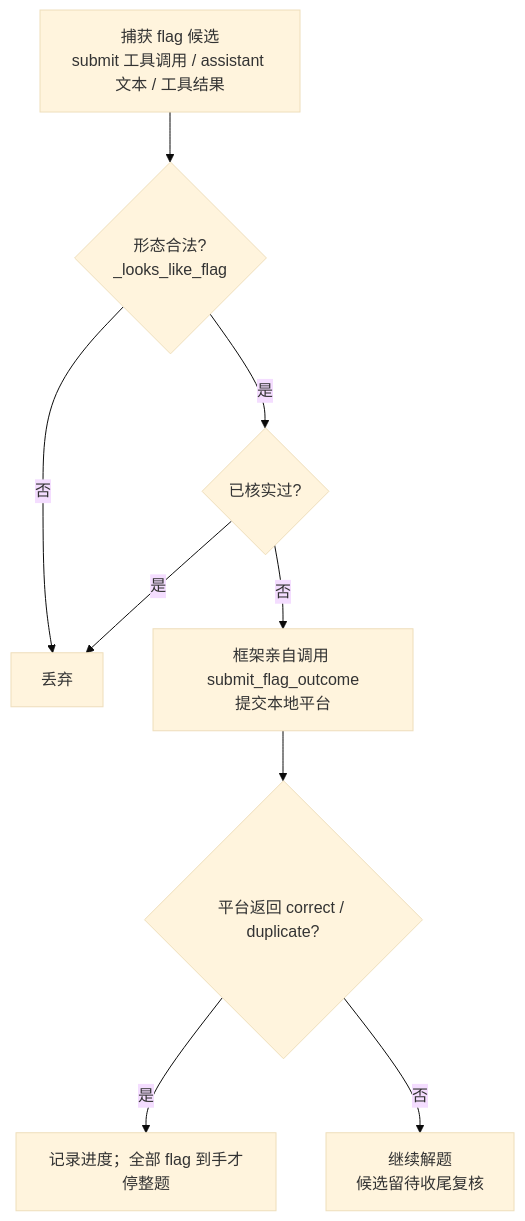
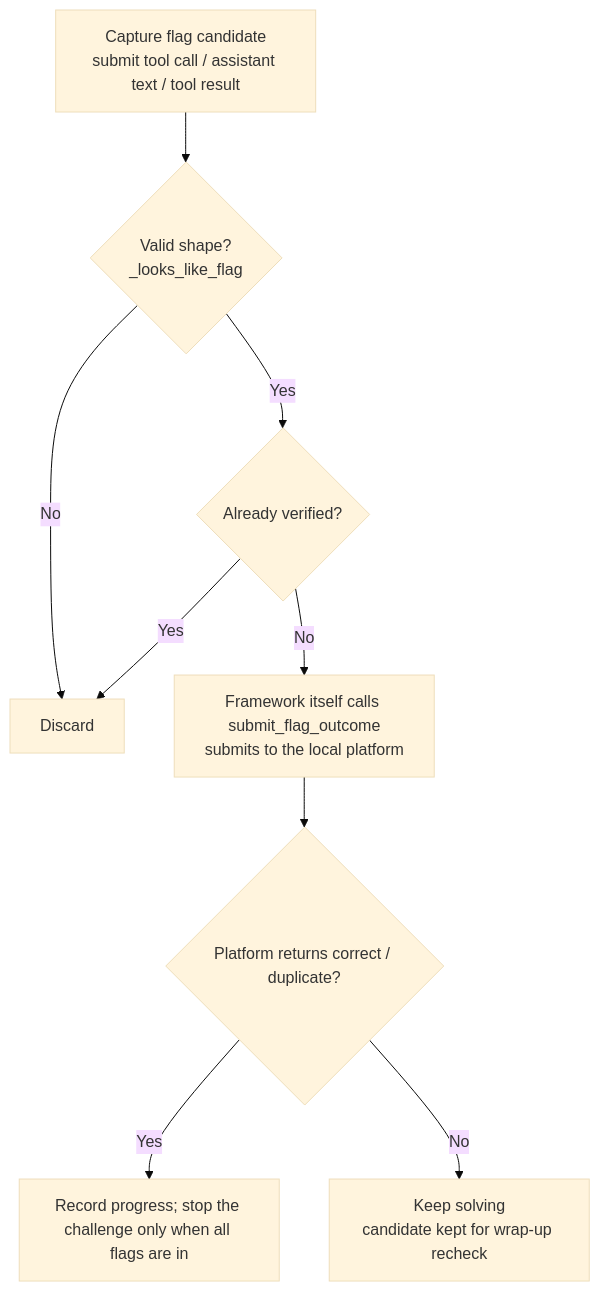
One commit to JiminLee-way/Cruiser-Agent changed the seventh of 8 diagrams in doc/TECHNICAL_DESIGN.md. Above: the diagram before and after it, drawn with Mermaid (base theme). The commit also changed other lines of this file and 35 other files, not shown here.

````diff
--- a/doc/TECHNICAL_DESIGN.md
+++ b/doc/TECHNICAL_DESIGN.md
@@ -481,11 +481,11 @@
 ```mermaid
 flowchart TD
-    A[捕获 flag 候选<br/>submit 工具调用 / assistant 文本 / 工具结果] --> B{形态合法?<br/>_looks_like_flag}
-    B -->|否| Z[丢弃]
-    B -->|是| C{已核实过?}
-    C -->|是| Z
-    C -->|否| D[框架亲自调用 submit_flag_outcome<br/>提交本地平台]
-    D --> E{平台返回 correct / duplicate?}
-    E -->|是| F[记录进度；全部 flag 到手才停整题]
-    E -->|否| G[继续解题<br/>候选留待收尾复核]
+    A[Capture flag candidate<br/>submit tool call / assistant text / tool result] --> B{Valid shape?<br/>_looks_like_flag}
+    B -->|No| Z[Discard]
+    B -->|Yes| C{Already verified?}
+    C -->|Yes| Z
+    C -->|No| D[Framework itself calls submit_flag_outcome<br/>submits to the local platform]
+    D --> E{Platform returns correct / duplicate?}
+    E -->|Yes| F[Record progress; stop the challenge only when all flags are in]
+    E -->|No| G[Keep solving<br/>candidate kept for wrap-up recheck]
 ```
````
